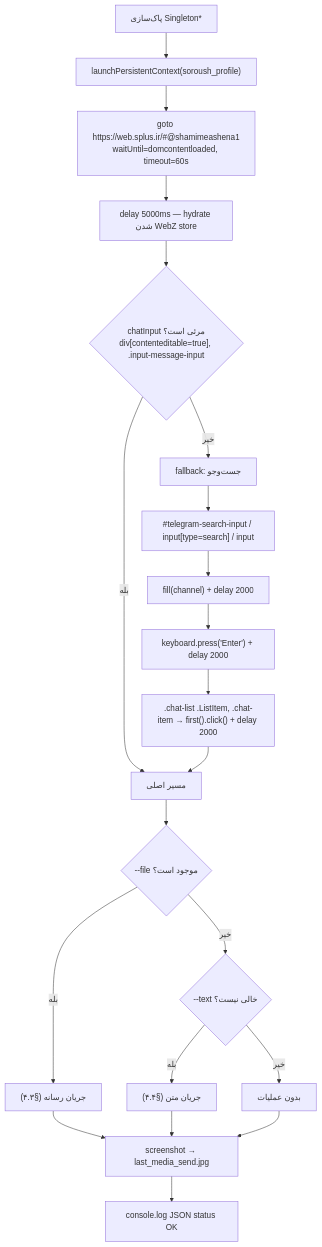
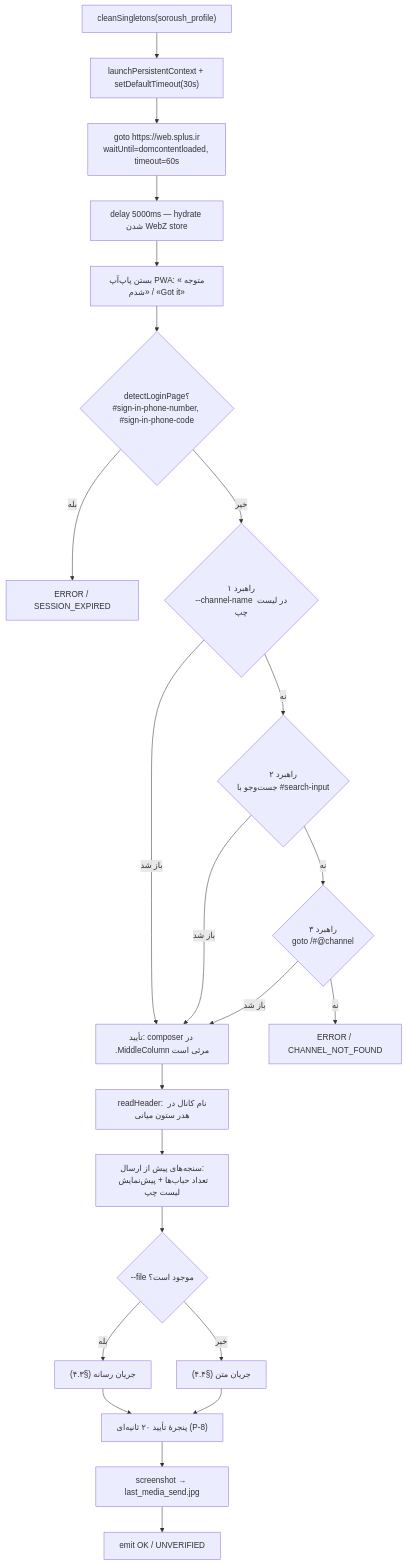
Before and after one commit to ahmad75naraghi/send-massages: the second of 3 diagrams in PLAYWRIGHT_SPECS.md, drawn with Mermaid. The commit also changed other lines of this file and 24 other files, not shown here.

````diff
--- a/PLAYWRIGHT_SPECS.md
+++ b/PLAYWRIGHT_SPECS.md
@@ -262,23 +399,25 @@
 ```mermaid
 flowchart TD
-    A["پاک‌سازی Singleton*"] --> B["launchPersistentContext(soroush_profile)"]
-    B --> C["goto https://web.splus.ir/&num;@shamimeashena1<br/>waitUntil=domcontentloaded, timeout=60s"]
+    A["cleanSingletons(soroush_profile)"] --> B["launchPersistentContext + setDefaultTimeout(30s)"]
+    B --> C["goto https://web.splus.ir<br/>waitUntil=domcontentloaded, timeout=60s"]
     C --> D["delay 5000ms — hydrate شدن WebZ store"]
-    D --> E{"chatInput مرئی است؟<br/>div[contenteditable=true], .input-message-input"}
-    E -->|"بله"| H["مسیر اصلی"]
-    E -->|"خیر"| F["fallback: جست‌وجو"]
-    F --> F1["&num;telegram-search-input / input[type=search] / input"]
-    F1 --> F2["fill(channel) + delay 2000"]
-    F2 --> F3["keyboard.press('Enter') + delay 2000"]
-    F3 --> F4[".chat-list .ListItem, .chat-item → first().click() + delay 2000"]
-    F4 --> H
-    H --> I{"--file موجود است؟"}
+    D --> D2["بستن پاپ‌آپ PWA: «متوجه شدم» / «Got it»"]
+    D2 --> E{"detectLoginPage؟<br/>&num;sign-in-phone-number, &num;sign-in-phone-code"}
+    E -->|"بله"| EX["ERROR / SESSION_EXPIRED"]
+    E -->|"خیر"| S1{"راهبرد ۱<br/>--channel-name در لیست چپ"}
+    S1 -->|"باز شد"| V["تأیید: composer در .MiddleColumn مرئی است"]
+    S1 -->|"نه"| S2{"راهبرد ۲<br/>جست‌وجو با &num;search-input"}
+    S2 -->|"باز شد"| V
+    S2 -->|"نه"| S3{"راهبرد ۳<br/>goto /&num;@channel"}
+    S3 -->|"باز شد"| V
+    S3 -->|"نه"| CX["ERROR / CHANNEL_NOT_FOUND"]
+    V --> H["readHeader: نام کانال در هدر ستون میانی"]
+    H --> P["سنجه‌های پیش از ارسال:<br/>تعداد حباب‌ها + پیش‌نمایش لیست چپ"]
+    P --> I{"--file موجود است؟"}
     I -->|"بله"| J["جریان رسانه (§۴.۳)"]
-    I -->|"خیر"| K{"--text خالی نیست؟"}
-    K -->|"بله"| L["جریان متن (§۴.۴)"]
-    K -->|"خیر"| M["بدون عملیات"]
-    J --> N["screenshot → last_media_send.jpg"]
-    L --> N
-    M --> N
-    N --> O["console.log JSON status OK"]
+    I -->|"خیر"| L["جریان متن (§۴.۴)"]
+    J --> W["پنجرهٔ تأیید ۲۰ ثانیه‌ای (P-8)"]
+    L --> W
+    W --> N["screenshot → last_media_send.jpg"]
+    N --> O["emit OK / UNVERIFIED"]
 ```
````
